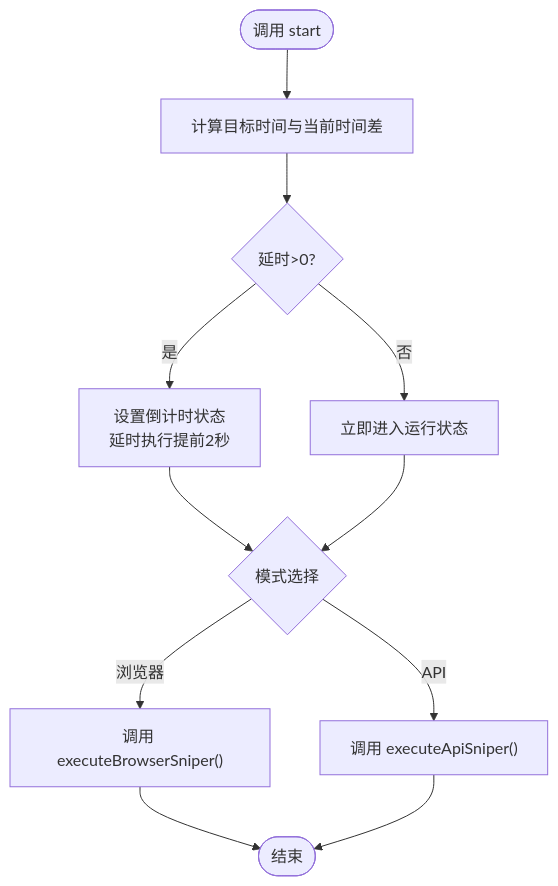
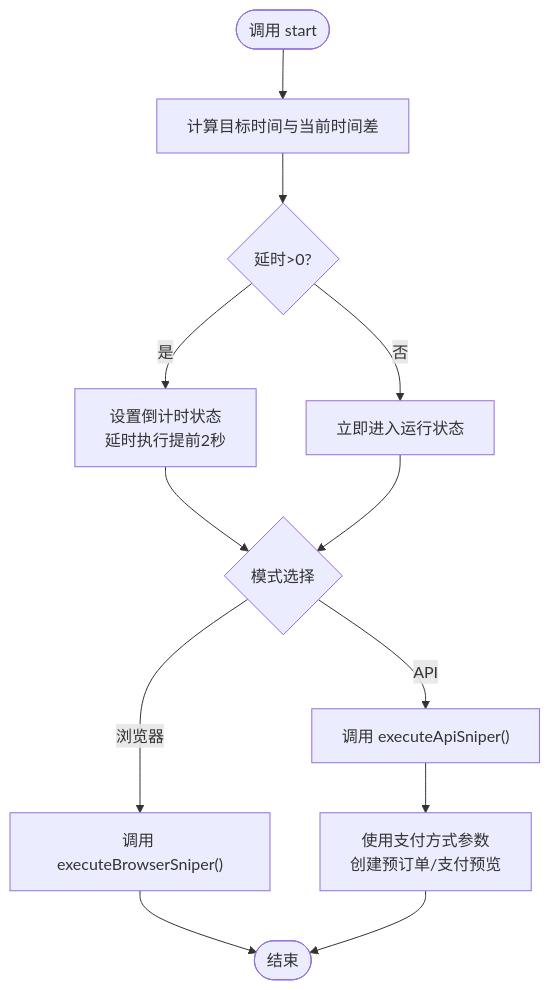
One commit to 16499259-oss/GLM-sniper changed the third of 6 diagrams in .qoder/repowiki/zh/content/核心架构/状态管理架构.md. Above: the diagram before and after it, drawn with Mermaid. The commit also changed other lines of this file and 6 other files, not shown here.

````diff
--- a/.qoder/repowiki/zh/content/核心架构/状态管理架构.md
+++ b/.qoder/repowiki/zh/content/核心架构/状态管理架构.md
@@ -149,13 +165,14 @@
 ```mermaid
 flowchart TD
 Start(["调用 start"]) --> Calc["计算目标时间与当前时间差"]
 Calc --> Delay{"延时>0?"}
 Delay --> |是| Countdown["设置倒计时状态<br/>延时执行提前2秒"]
 Delay --> |否| Immediate["立即进入运行状态"]
 Countdown --> Mode{"模式选择"}
 Immediate --> Mode
 Mode --> |浏览器| Browser["调用 executeBrowserSniper()"]
 Mode --> |API| Api["调用 executeApiSniper()"]
 Browser --> Done(["结束"])
-Api --> Done
+Api --> Payment["使用支付方式参数<br/>创建预订单/支付预览"]
+Payment --> Done
 ```
````
